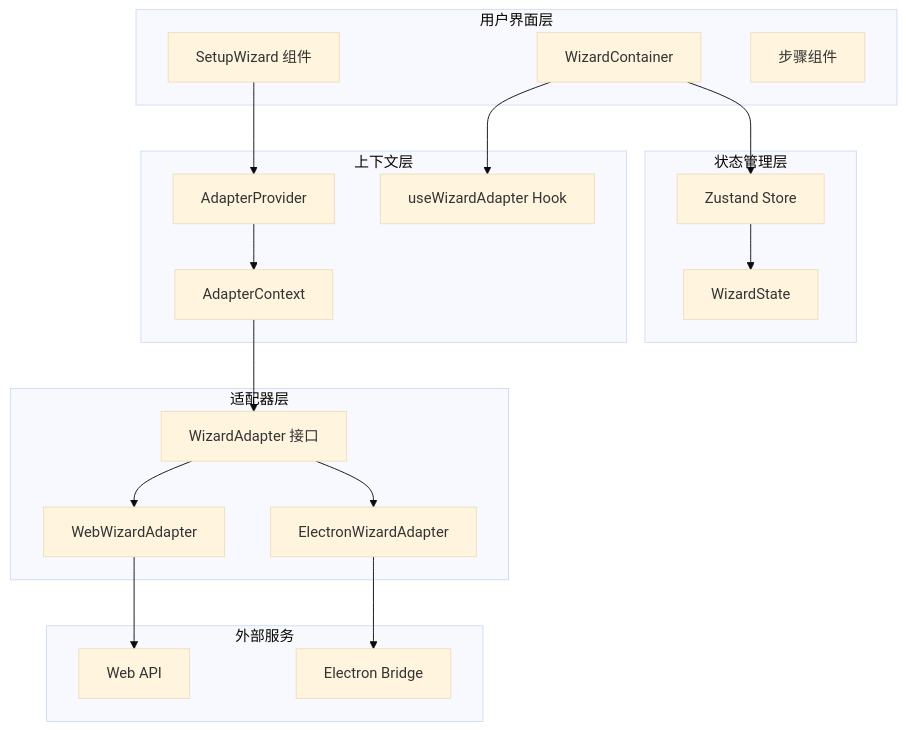
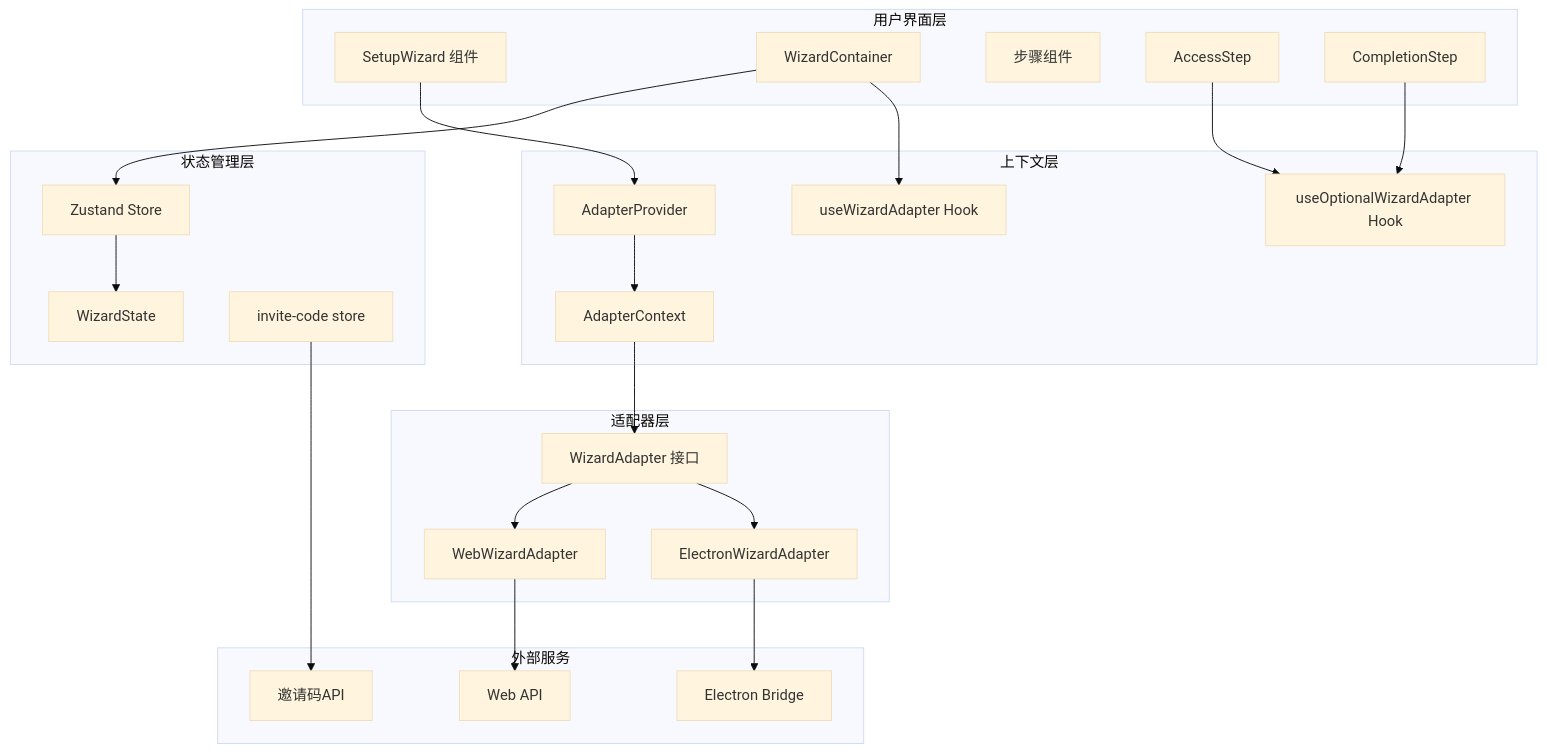
Before and after one commit to verse-ai-org/openclaw: the third of 9 diagrams in .qoder/repowiki/zh/content/设置向导适配器.md, drawn with Mermaid (base theme). The commit also changed other lines of this file and 24 other files, not shown here.

````diff
--- a/.qoder/repowiki/zh/content/设置向导适配器.md
+++ b/.qoder/repowiki/zh/content/设置向导适配器.md
@@ -150,36 +166,44 @@
 ```mermaid
 graph TB
 subgraph "用户界面层"
 A[SetupWizard 组件]
 B[WizardContainer]
 C[步骤组件]
+D[AccessStep]
+E[CompletionStep]
 end
 subgraph "适配器层"
-D[WizardAdapter 接口]
-E[WebWizardAdapter]
-F[ElectronWizardAdapter]
+F[WizardAdapter 接口]
+G[WebWizardAdapter]
+H[ElectronWizardAdapter]
 end
 subgraph "状态管理层"
-G[Zustand Store]
-H[WizardState]
+I[Zustand Store]
+J[WizardState]
+K[invite-code store]
 end
 subgraph "上下文层"
-I[AdapterContext]
-J[AdapterProvider]
-K[useWizardAdapter Hook]
+L[AdapterContext]
+M[AdapterProvider]
+N[useWizardAdapter Hook]
+O[useOptionalWizardAdapter Hook]
 end
 subgraph "外部服务"
-L[Web API]
-M[Electron Bridge]
+P[Web API]
+Q[Electron Bridge]
+R[邀请码API]
 end
-A --> J
-J --> I
-I --> D
-D --> E
-D --> F
-B --> G
-B --> K
-E --> L
-F --> M
-G --> H
+A --> M
+M --> L
+L --> F
+F --> G
+F --> H
+B --> I
+B --> N
+D --> O
+E --> O
+G --> P
+H --> Q
+I --> J
+K --> R
 ```
````
